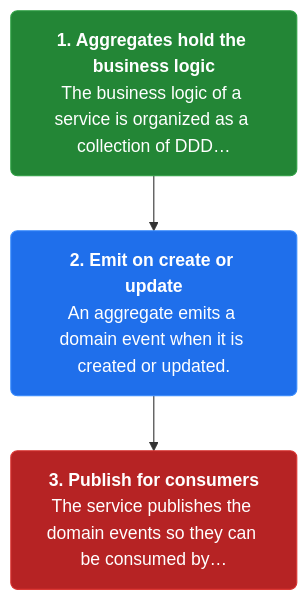
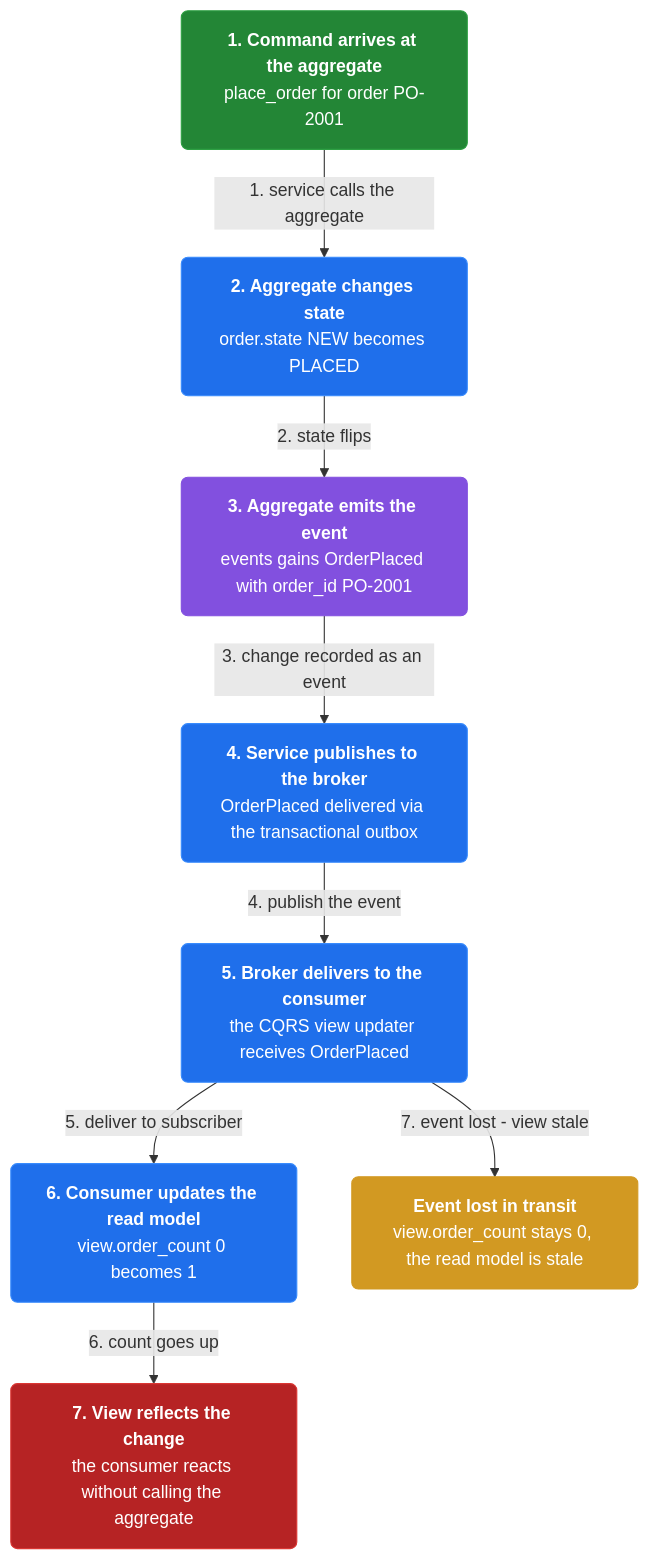
The second of 3 diagrams in docs/ch17-domain-event.md (vinayakuber/microservices-io-study-guide), drawn with Mermaid before and after one commit. The commit also changed other lines of this file and 46 other files, not shown here.

First line of the commit message:
Author rich branching flow diagrams for all 44 chapters

````diff
--- a/docs/ch17-domain-event.md
+++ b/docs/ch17-domain-event.md
@@ -50,11 +56,23 @@
 ```mermaid
 flowchart TD
-  classDef step fill:#1f6feb,color:#ffffff,stroke:#388bfd,stroke-width:1px,rx:6
+  classDef step fill:#1f6feb,color:#ffffff,stroke:#388bfd,rx:6
+  classDef core fill:#8250df,color:#ffffff,stroke:#8250df,rx:6
+  classDef warn fill:#d29922,color:#ffffff,stroke:#d29922,rx:6
   classDef start fill:#238636,color:#ffffff,stroke:#2ea043,rx:6
   classDef stop fill:#b62324,color:#ffffff,stroke:#da3633,rx:6
-  s1n0["<b>1. Aggregates hold the business logic</b><br/>The business logic of a service is organized as a collection of DDD…"]:::start
-  s1n1["<b>2. Emit on create or update</b><br/>An aggregate emits a domain event when it is created or updated."]:::step
-  s1n2["<b>3. Publish for consumers</b><br/>The service publishes the domain events so they can be consumed by…"]:::stop
-  s1n0 --> s1n1
-  s1n1 --> s1n2
+  n0["<b>1. Command arrives at the aggregate</b><br/>place_order for order PO-2001"]:::start
+  n1["<b>2. Aggregate changes state</b><br/>order.state NEW becomes PLACED"]:::step
+  n2["<b>3. Aggregate emits the event</b><br/>events gains OrderPlaced with order_id PO-2001"]:::core
+  n3["<b>4. Service publishes to the broker</b><br/>OrderPlaced delivered via the transactional outbox"]:::step
+  n4["<b>5. Broker delivers to the consumer</b><br/>the CQRS view updater receives OrderPlaced"]:::step
+  n5["<b>6. Consumer updates the read model</b><br/>view.order_count 0 becomes 1"]:::step
+  n6["<b>7. View reflects the change</b><br/>the consumer reacts without calling the aggregate"]:::stop
+  n7["<b>Event lost in transit</b><br/>view.order_count stays 0, the read model is stale"]:::warn
+  n0 -->|"1. service calls the aggregate"| n1
+  n1 -->|"2. state flips"| n2
+  n2 -->|"3. change recorded as an event"| n3
+  n3 -->|"4. publish the event"| n4
+  n4 -->|"5. deliver to subscriber"| n5
+  n5 -->|"6. count goes up"| n6
+  n4 -->|"7. event lost - view stale"| n7
 ```
````
